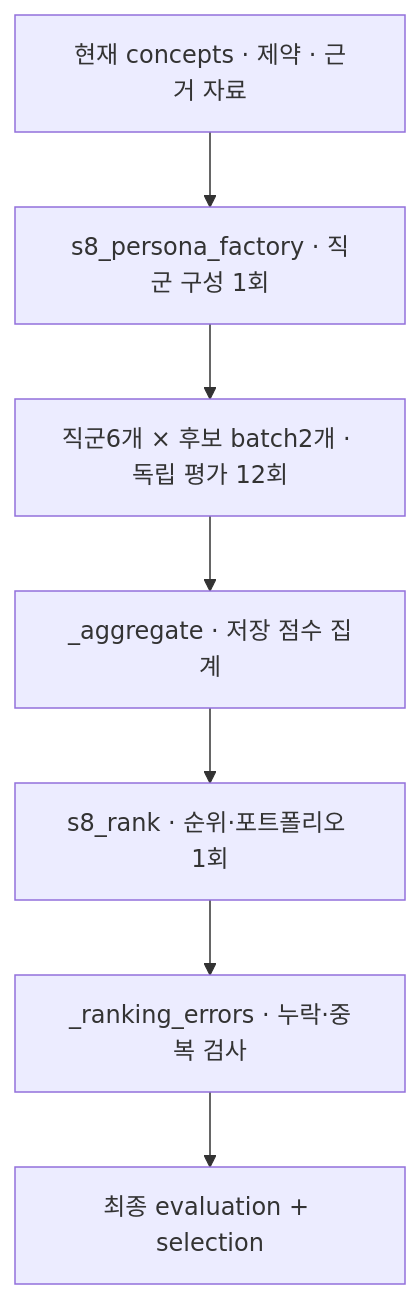
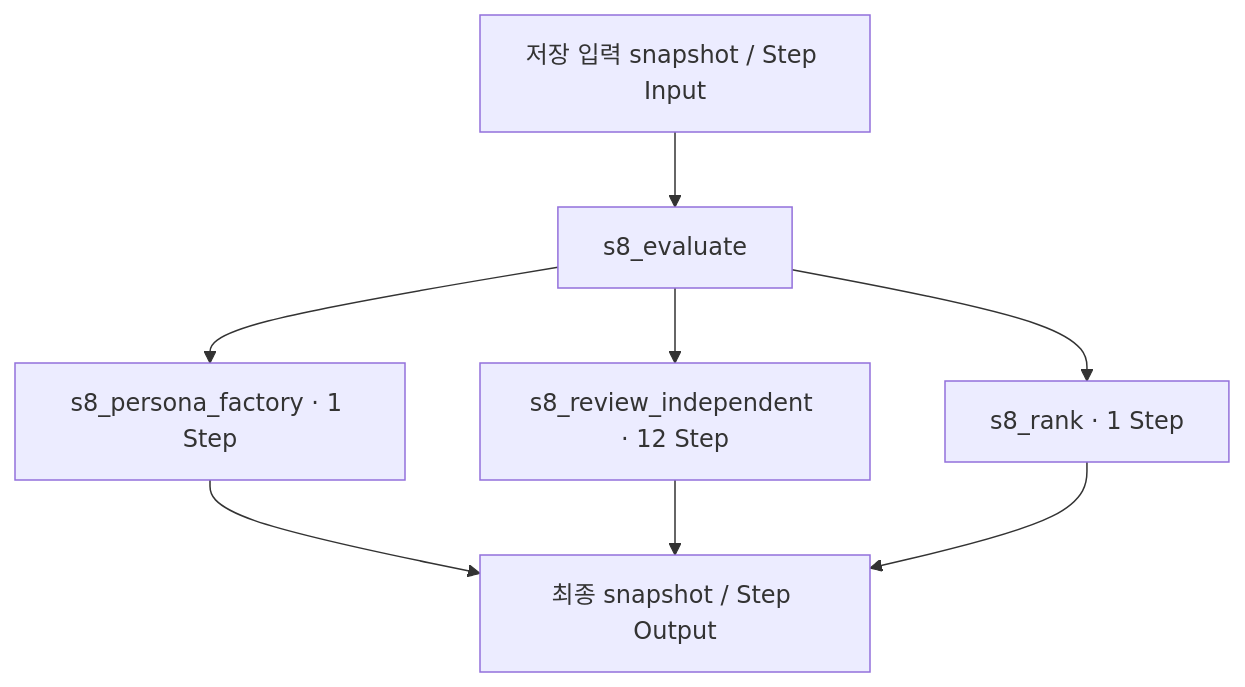
One commit to equipment0226/triz_backend changed the diagram in docs/sample-data/rotation-serial-latest/stages/11-s8-evaluate.md. Above: the diagram before and after it, drawn with Mermaid. The commit also changed other lines of this file and 1606 other files, not shown here.

````diff
--- a/docs/sample-data/rotation-serial-latest/stages/11-s8-evaluate.md
+++ b/docs/sample-data/rotation-serial-latest/stages/11-s8-evaluate.md
@@ -9,9 +11,10 @@
 ```mermaid
 flowchart TD
-    I["현재 concepts · 제약 · 근거 자료"] --> P["s8_persona_factory · 직군 구성 1회"]
-    P --> V["직군6개 × 후보 batch2개 · 독립 평가 12회"]
-    V --> A["_aggregate · 저장 점수 집계"]
-    A --> R["s8_rank · 순위·포트폴리오 1회"]
-    R --> C["_ranking_errors · 누락·중복 검사"]
-    C --> O["최종 evaluation + selection"]
+    I["저장 입력 snapshot / Step Input"] --> S["s8_evaluate"]
+    S --> P0["s8_persona_factory · 1 Step"]
+    P0 --> O["최종 snapshot / Step Output"]
+    S --> P1["s8_review_independent · 12 Step"]
+    P1 --> O["최종 snapshot / Step Output"]
+    S --> P2["s8_rank · 1 Step"]
+    P2 --> O["최종 snapshot / Step Output"]
 ```
````
